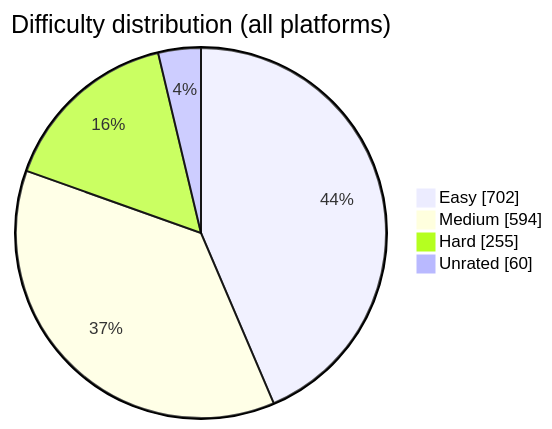
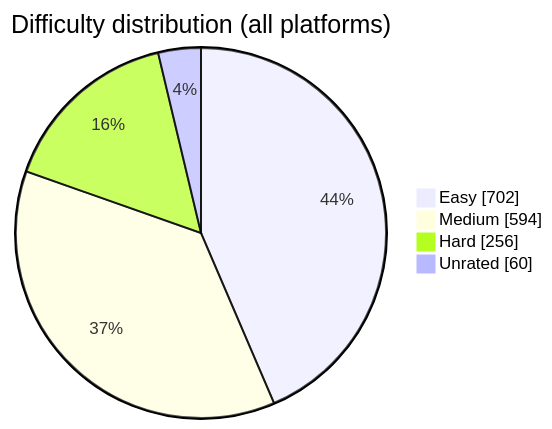
The diagram in README.md (BuildbyArindam/Daily-Coding-Log), drawn with Mermaid before and after one commit. The commit also changed other lines of this file, not shown here.

````diff
--- a/README.md
+++ b/README.md
@@ -93,7 +93,7 @@
 ```mermaid
 pie showData title Difficulty distribution (all platforms)
     "Easy" : 702
     "Medium" : 594
-    "Hard" : 255
+    "Hard" : 256
     "Unrated" : 60
 ```
````
